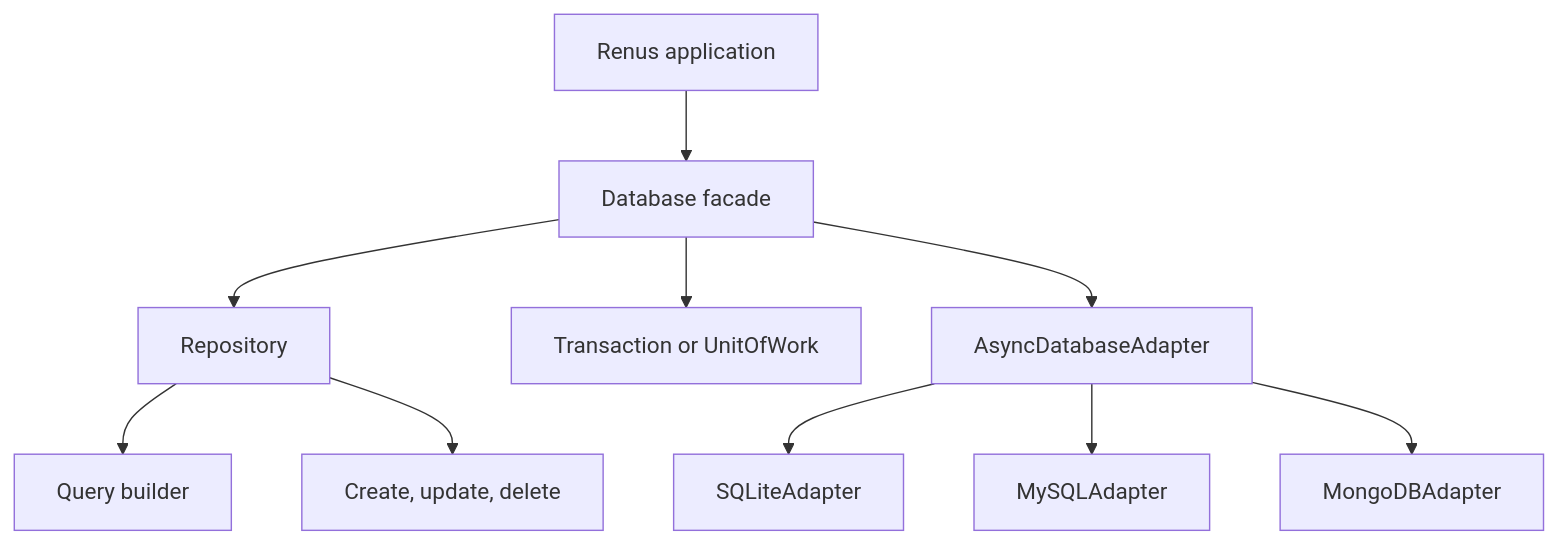
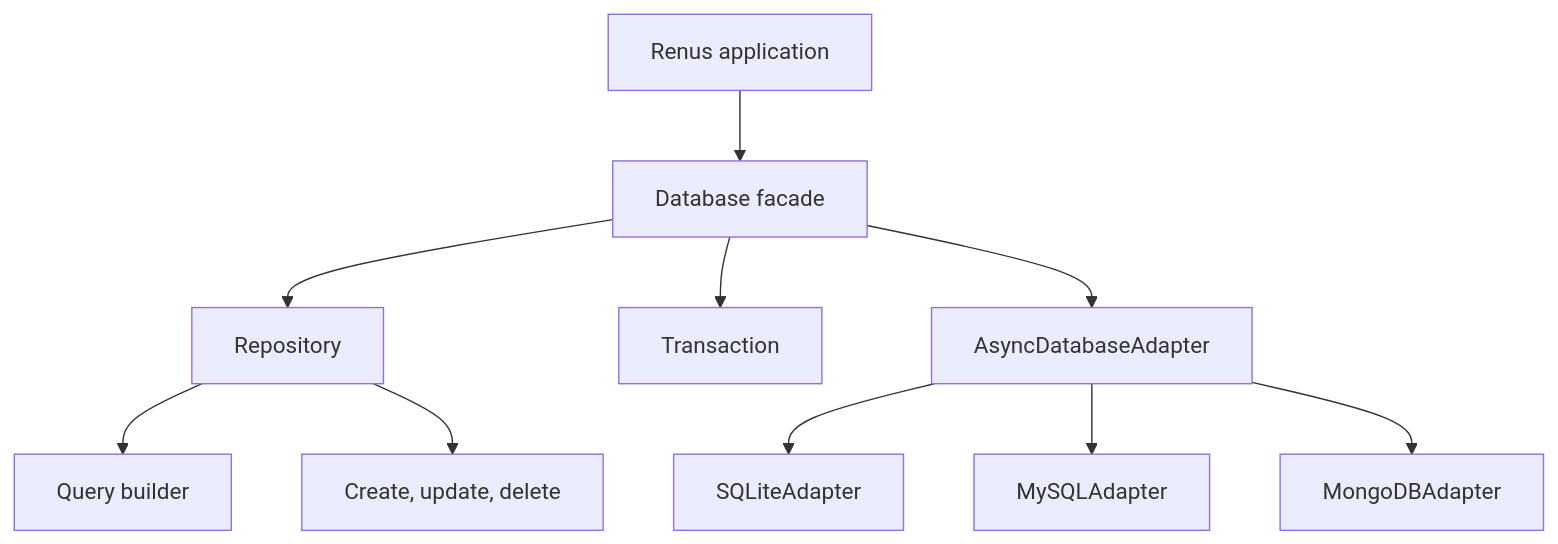
Before and after one commit to kak-smko/renus: the diagram in docs/database/overview.md, drawn with Mermaid. The commit also changed other lines of this file and 11 other files, not shown here.

First line of the commit message:
Remove the Unit of Work API

````diff
--- a/docs/database/overview.md
+++ b/docs/database/overview.md
@@ -8,12 +8,12 @@
 ```mermaid
 flowchart TD
     App[Renus application] --> DB[Database facade]
     DB --> Repo[Repository<Model>]
     Repo --> Query[Query builder]
     Repo --> Mutation[Create, update, delete]
-    DB --> Tx[Transaction or UnitOfWork]
+    DB --> Tx[Transaction]
     DB --> Adapter[AsyncDatabaseAdapter]
     Adapter --> SQLite[SQLiteAdapter]
     Adapter --> MySQL[MySQLAdapter]
     Adapter --> Mongo[MongoDBAdapter]
 ```
````
